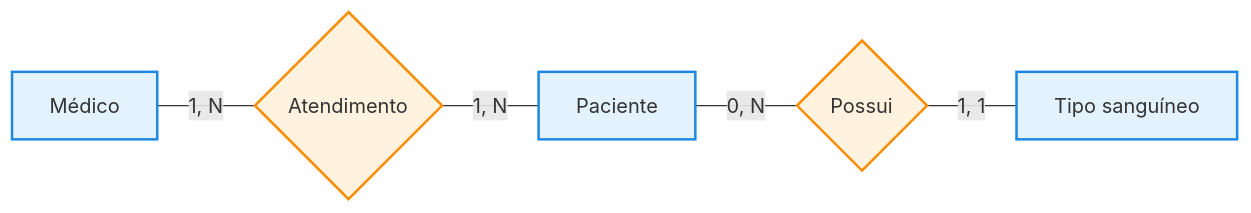
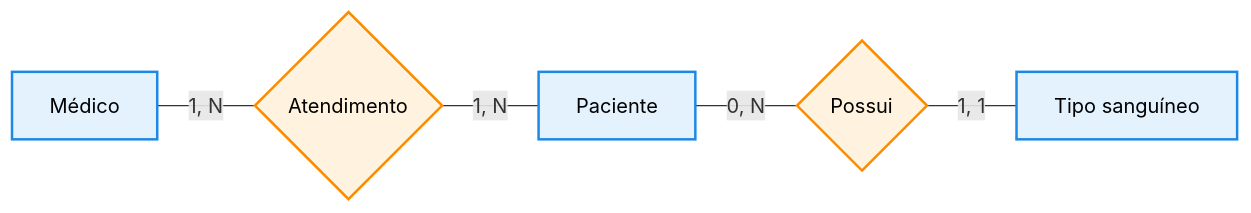
The diagram in README.md (teresathompson/ModelagemDados), drawn with Mermaid before and after one commit.

Commit message:
alterar cor

````diff
--- a/README.md
+++ b/README.md
@@ -3,22 +3,22 @@
 ```mermaid
 flowchart LR
 
     MEDICO["Médico"]
     PACIENTE["Paciente"]
     TIPO_SANGUINEO["Tipo sanguíneo"]
 
     ATENDIMENTO{"Atendimento"}
     POSSUI{"Possui"}
 
     MEDICO ---|"1, N"| ATENDIMENTO
     ATENDIMENTO ---|"1, N"| PACIENTE
 
     PACIENTE ---|"0, N"| POSSUI
     POSSUI ---|"1, 1"| TIPO_SANGUINEO
 
-    classDef entidade fill:#E3F2FD,stroke:#1E88E5,stroke-width:2px;
-    classDef relacionamento fill:#FFF3E0,stroke:#FB8C00,stroke-width:2px;
+    classDef entidade fill:#E3F2FD,stroke:#1E88E5,stroke-width:2px,color:#000;
+    classDef relacionamento fill:#FFF3E0,stroke:#FB8C00,stroke-width:2px,color:#000;
 
     class MEDICO,PACIENTE,TIPO_SANGUINEO entidade;
     class ATENDIMENTO,POSSUI relacionamento;
 ```
````
